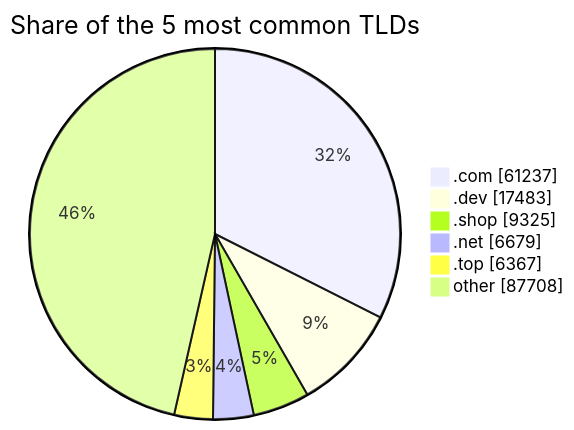
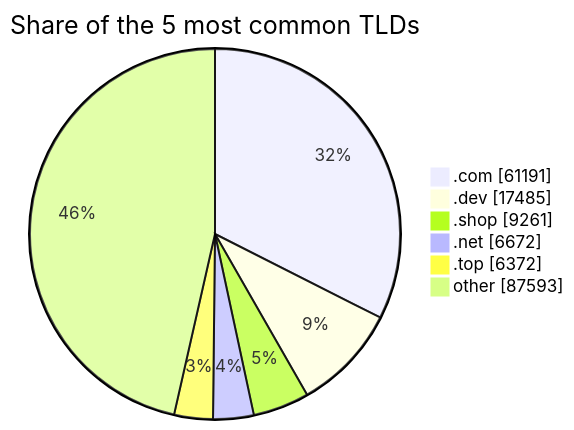
The third of 3 diagrams in README.md (DNSBunker/CTI), drawn with Mermaid before and after one commit. The commit also changed other lines of this file and 3 other files, not shown here.

````diff
--- a/README.md
+++ b/README.md
@@ -81,9 +81,9 @@
 ```mermaid
 pie showData title Share of the 5 most common TLDs
-    ".com" : 61237
-    ".dev" : 17483
-    ".shop" : 9325
-    ".net" : 6679
-    ".top" : 6367
-    "other" : 87708
+    ".com" : 61191
+    ".dev" : 17485
+    ".shop" : 9261
+    ".net" : 6672
+    ".top" : 6372
+    "other" : 87593
 ```
````
